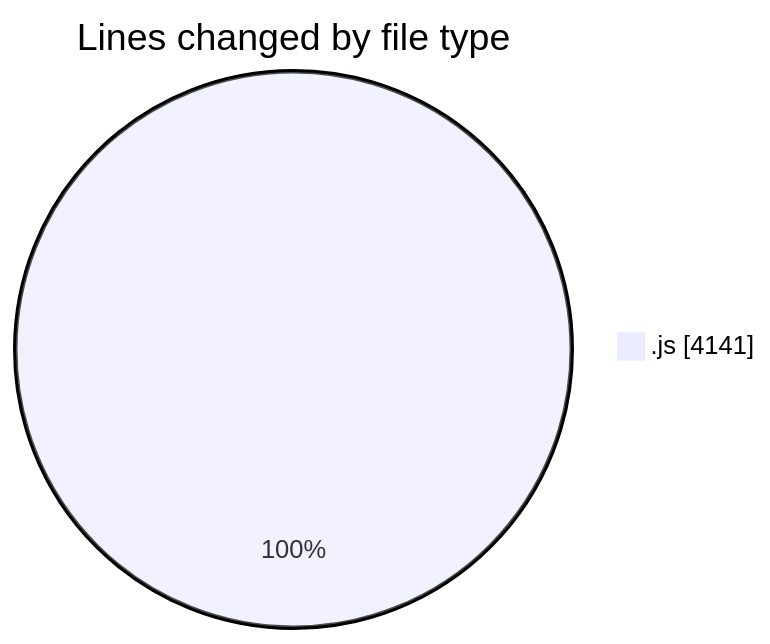
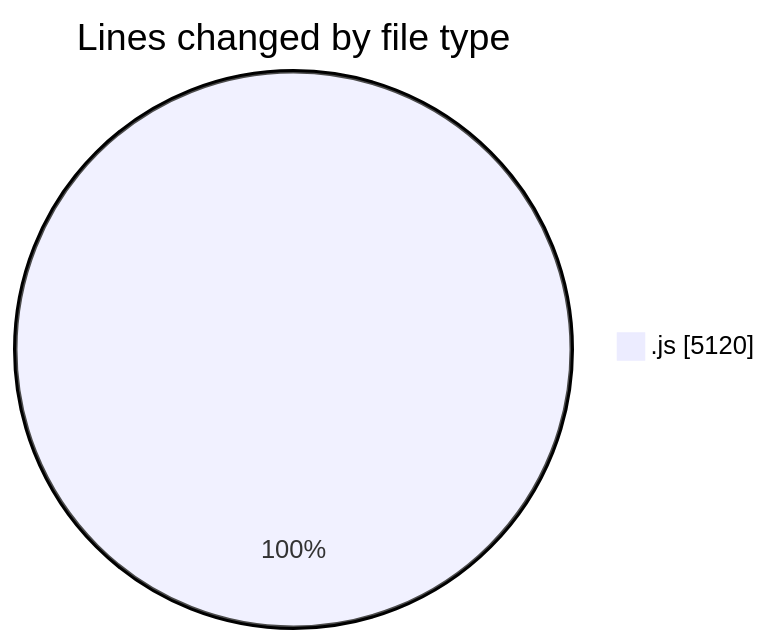
One commit to nxtqubesakshisongat/code-tracking changed the first of 2 diagrams in 2025-08-11/nxtqube_webapp/README.md. Above: the diagram before and after it, drawn with Mermaid. The commit also changed other lines of this file and 1 other file, not shown here.

````diff
--- a/2025-08-11/nxtqube_webapp/README.md
+++ b/2025-08-11/nxtqube_webapp/README.md
@@ -21,5 +21,5 @@
 ```mermaid
 pie showData
 title Lines changed by file type
-".js" : 4141
+".js" : 5120
 ```
````
